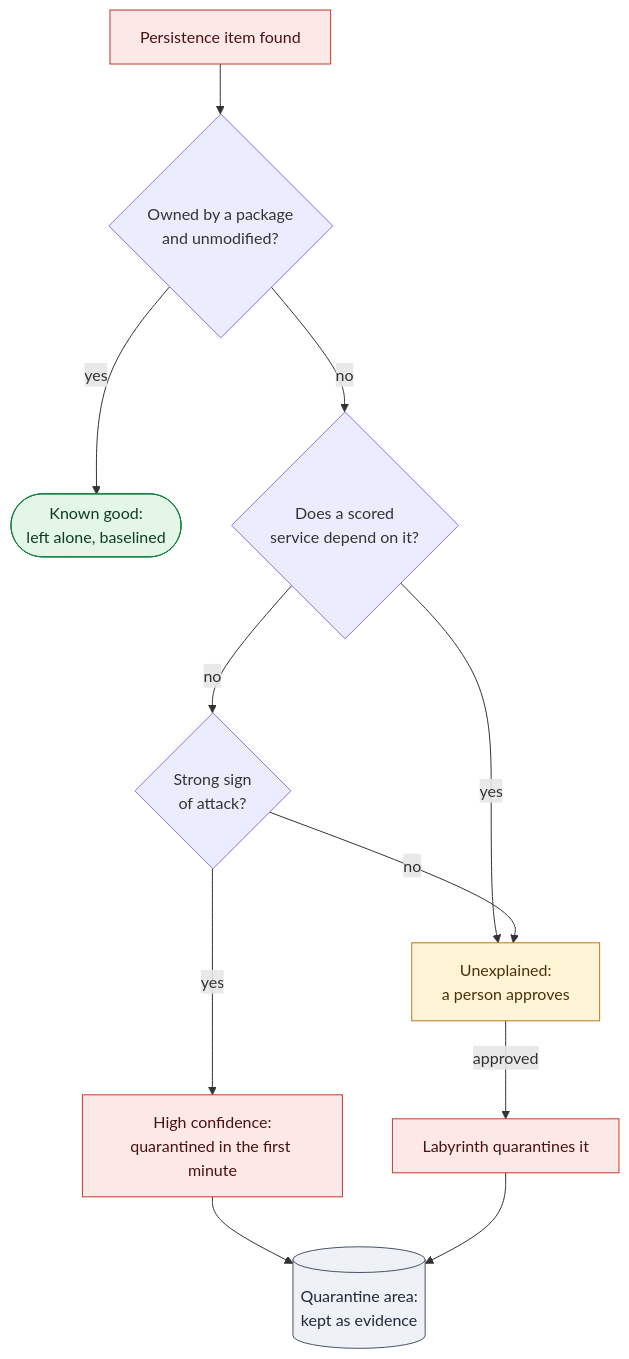
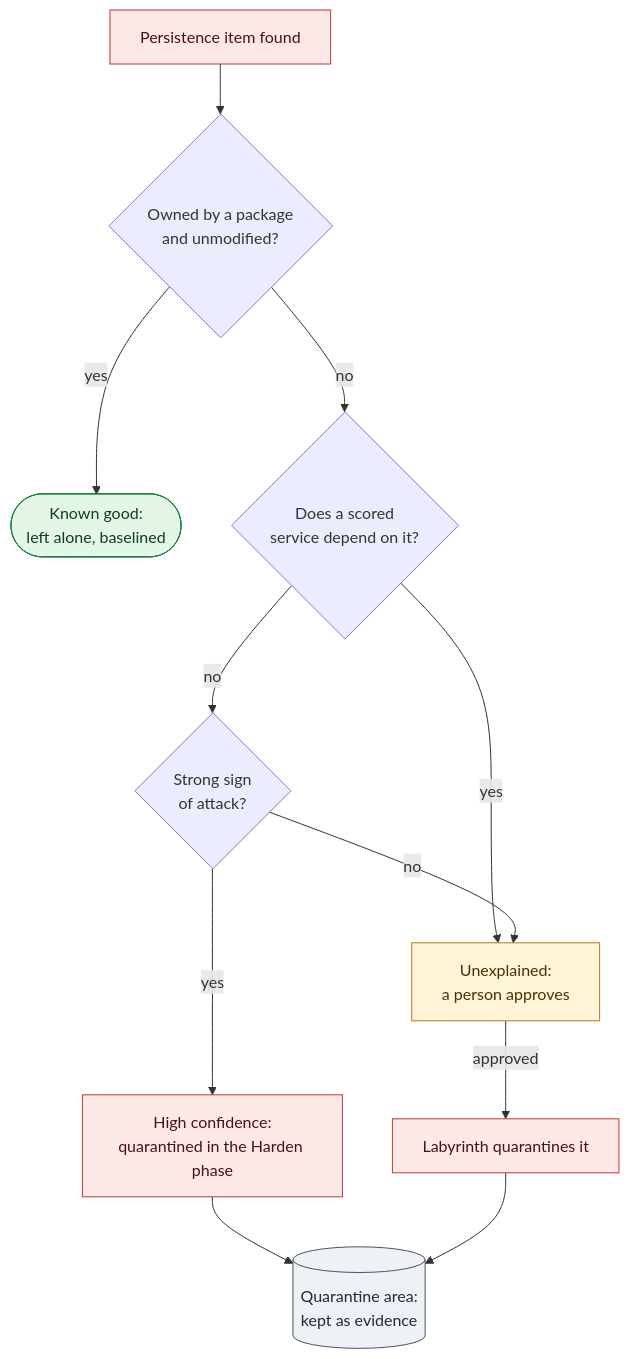
One commit to dotnetdork/Labyrinth changed the diagram in docs/design/17-Persistence-Sweep.md. Above: the diagram before and after it, drawn with Mermaid. The commit also changed other lines of this file and 33 other files, not shown here.

````diff
--- a/docs/design/17-Persistence-Sweep.md
+++ b/docs/design/17-Persistence-Sweep.md
@@ -59,21 +59,21 @@
 ```mermaid
 flowchart TD
     F["Persistence item found"] --> PKG{"Owned by a package<br/>and unmodified?"}
     PKG -->|yes| OK(["Known good:<br/>left alone, baselined"])
     PKG -->|no| DEP{"Does a scored<br/>service depend on it?"}
     DEP -->|yes| APP["Unexplained:<br/>a person approves"]
     DEP -->|no| SIG{"Strong sign<br/>of attack?"}
-    SIG -->|yes| AUTO["High confidence:<br/>quarantined in the first minute"]
+    SIG -->|yes| AUTO["High confidence:<br/>quarantined in the Harden phase"]
     SIG -->|no| APP
     APP -->|approved| Q["Labyrinth quarantines it"]
     AUTO --> EV[("Quarantine area:<br/>kept as evidence")]
     Q --> EV
     classDef lockout fill:#fde8e8,stroke:#c0392b,color:#4a1111
     classDef human fill:#fff4d6,stroke:#b7791f,color:#4a3108
     classDef ok fill:#e3f6e8,stroke:#15803d,color:#0f3d20
     classDef store fill:#eef1f5,stroke:#475569,color:#1e293b
     class F,AUTO,Q lockout
     class APP human
     class OK ok
     class EV store
 ```
````
